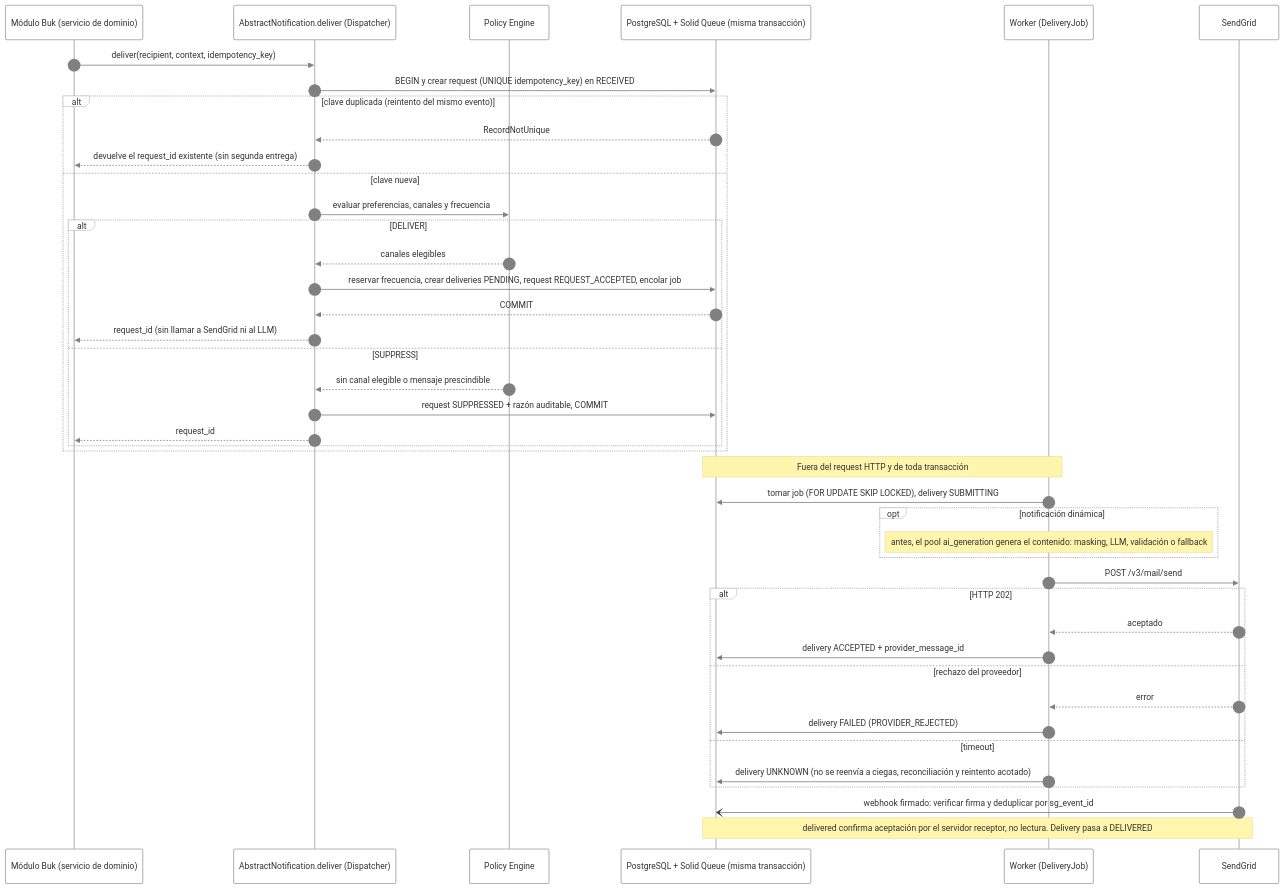
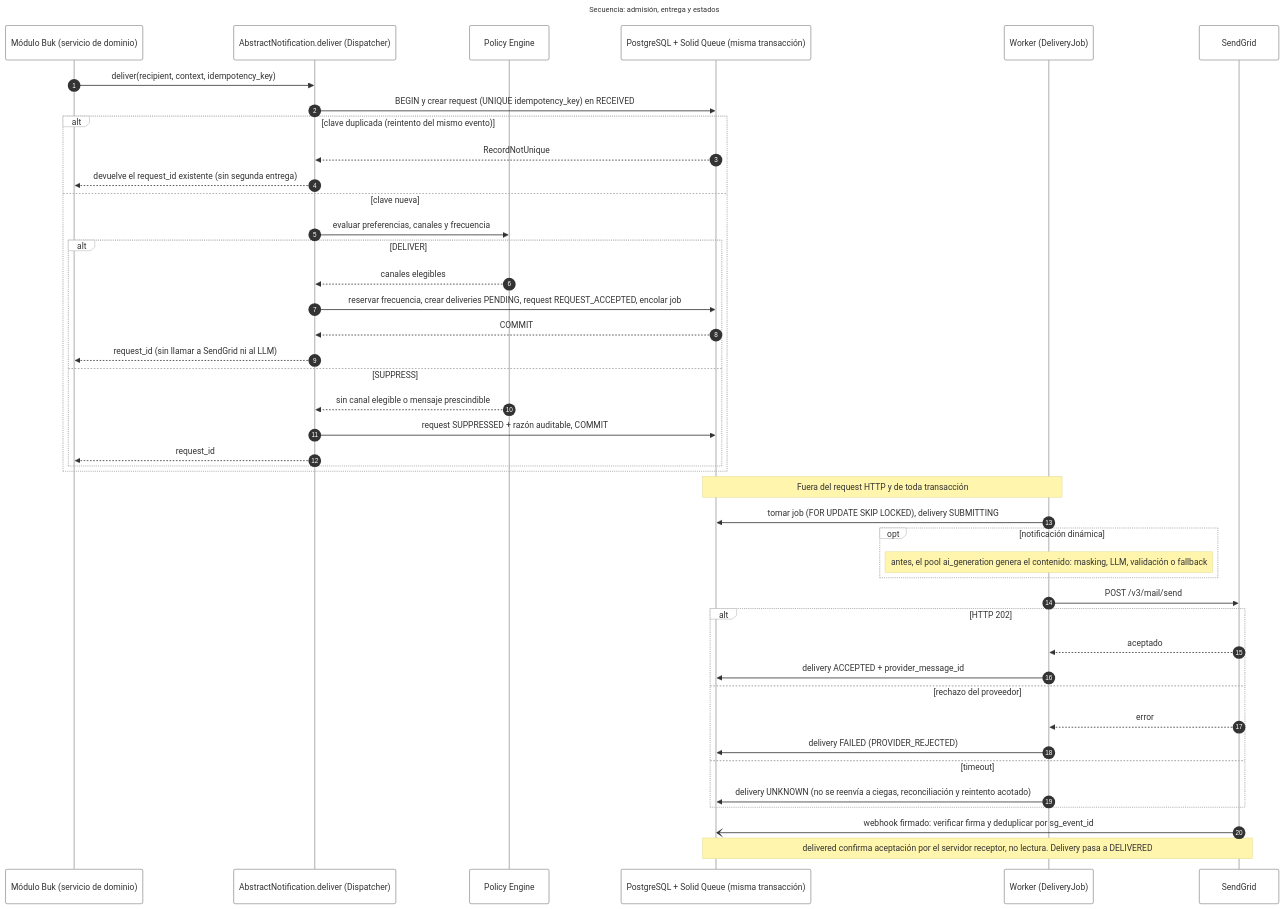
Before and after one commit to natha9404/codespaces-rails: the diagram in app/assets/images/secuencia.mmd, drawn with Mermaid. The commit also changed 2 other files, not shown here.

Commit message:
Corregir legibilidad de la secuencia y agregar títulos a los diagramas
Claude-Session: https://claude.ai/code/session_01EN15Zt4eD2KFyRUn3HFGET

```diff
--- a/app/assets/images/secuencia.mmd
+++ b/app/assets/images/secuencia.mmd
@@ -1,52 +1,50 @@
 ---
+title: "Secuencia: admisión, entrega y estados"
 config:
   theme: neo
-  themeVariables:
-    lineColor: "#808080"
-    signalColor: "#808080"
 ---
 sequenceDiagram
   autonumber
   participant M as Módulo Buk (servicio de dominio)
   participant D as AbstractNotification.deliver (Dispatcher)
   participant P as Policy Engine
   participant DB as PostgreSQL + Solid Queue (misma transacción)
   participant W as Worker (DeliveryJob)
   participant SG as SendGrid
 
   M->>D: deliver(recipient, context, idempotency_key)
   D->>DB: BEGIN y crear request (UNIQUE idempotency_key) en RECEIVED
   alt clave duplicada (reintento del mismo evento)
     DB-->>D: RecordNotUnique
     D-->>M: devuelve el request_id existente (sin segunda entrega)
   else clave nueva
     D->>P: evaluar preferencias, canales y frecuencia
     alt DELIVER
       P-->>D: canales elegibles
       D->>DB: reservar frecuencia, crear deliveries PENDING, request REQUEST_ACCEPTED, encolar job
       DB-->>D: COMMIT
       D-->>M: request_id (sin llamar a SendGrid ni al LLM)
     else SUPPRESS
       P-->>D: sin canal elegible o mensaje prescindible
       D->>DB: request SUPPRESSED + razón auditable, COMMIT
       D-->>M: request_id
     end
   end
 
   Note over W,DB: Fuera del request HTTP y de toda transacción
   W->>DB: tomar job (FOR UPDATE SKIP LOCKED), delivery SUBMITTING
   opt notificación dinámica
     Note over W: antes, el pool ai_generation genera el contenido: masking, LLM, validación o fallback
   end
   W->>SG: POST /v3/mail/send
   alt HTTP 202
     SG-->>W: aceptado
     W->>DB: delivery ACCEPTED + provider_message_id
   else rechazo del proveedor
     SG-->>W: error
     W->>DB: delivery FAILED (PROVIDER_REJECTED)
   else timeout
     W->>DB: delivery UNKNOWN (no se reenvía a ciegas, reconciliación y reintento acotado)
   end
   SG-)DB: webhook firmado: verificar firma y deduplicar por sg_event_id
   Note over SG,DB: delivered confirma aceptación por el servidor receptor, no lectura. Delivery pasa a DELIVERED
```
